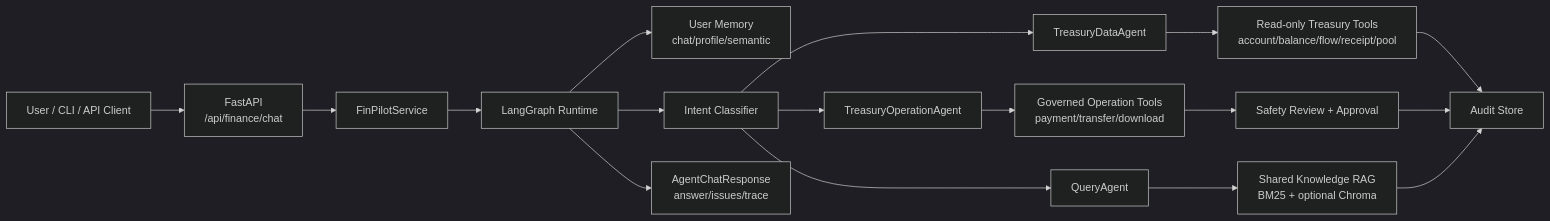
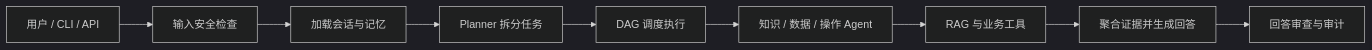
The diagram in README.md (JJLin131/FinPilot), drawn with Mermaid (dark theme) before and after one commit. The commit also changed other lines of this file, not shown here.

````diff
--- a/README.md
+++ b/README.md
@@ -45,19 +31,11 @@
 ```mermaid
 flowchart LR
-    User["User / CLI / API Client"] --> API["FastAPI<br/>/api/finance/chat"]
-    API --> Service["FinPilotService"]
-    Service --> Graph["LangGraph Runtime"]
-    Graph --> Memory["User Memory<br/>chat/profile/semantic"]
-    Graph --> Intent["Intent Classifier"]
-    Intent --> Query["QueryAgent"]
-    Intent --> Data["TreasuryDataAgent"]
-    Intent --> Operation["TreasuryOperationAgent"]
-    Query --> RAG["Shared Knowledge RAG<br/>BM25 + optional Chroma"]
-    Data --> DataTools["Read-only Treasury Tools<br/>account/balance/flow/receipt/pool"]
-    Operation --> OpTools["Governed Operation Tools<br/>payment/transfer/download"]
-    OpTools --> Safety["Safety Review + Approval"]
-    DataTools --> Audit["Audit Store"]
-    Safety --> Audit
-    RAG --> Audit
-    Graph --> Response["AgentChatResponse<br/>answer/issues/trace"]
+    User["用户 / CLI / API"] --> Safety["输入安全检查"]
+    Safety --> Context["加载会话与记忆"]
+    Context --> Planner["Planner 拆分任务"]
+    Planner --> DAG["DAG 调度执行"]
+    DAG --> Agents["知识 / 数据 / 操作 Agent"]
+    Agents --> Tools["RAG 与业务工具"]
+    Tools --> Answer["聚合证据并生成回答"]
+    Answer --> Review["回答审查与审计"]
 ```
````
